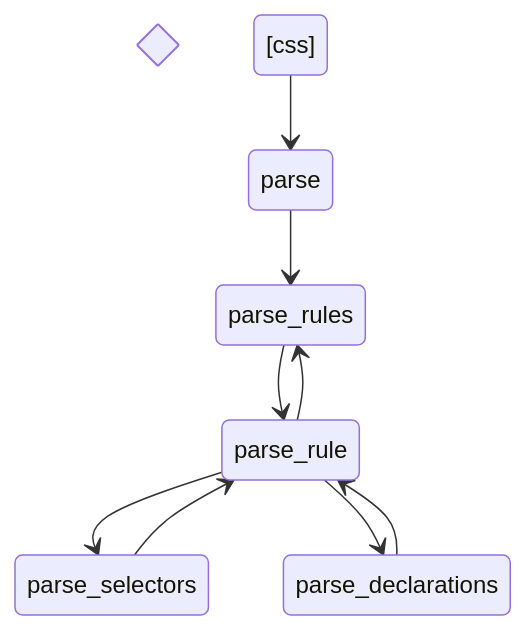
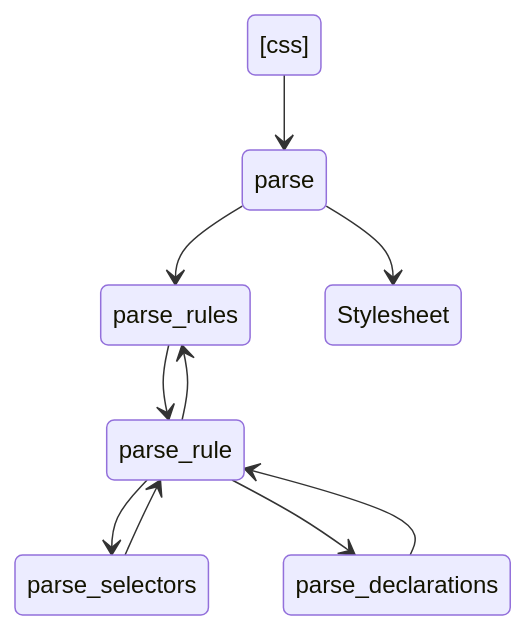
One commit to nakayan5/lets-build-a-browser-engine changed the second of 2 diagrams in README.md. Above: the diagram before and after it, drawn with Mermaid.

````diff
--- a/README.md
+++ b/README.md
@@ -36,14 +36,13 @@
 ```mermaid
 stateDiagram-v2
-state nodes_length <<choice>>
 
 [css] --> parse
 parse --> parse_rules
 parse_rules --> parse_rule
 parse_rule --> parse_rules
 parse_rule --> parse_selectors
 parse_rule --> parse_declarations
 parse_selectors --> parse_rule
 parse_declarations --> parse_rule
-
+parse --> Stylesheet
 ```
````
